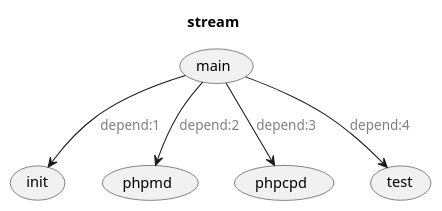
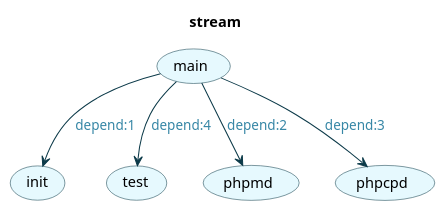
The diagram in resources/puml/gist-mapserver2007.puml (jawira/phing-visualizer), drawn with PlantUML before and after one commit. The commit also changed 7 other files, not shown here.

```diff
--- a/resources/puml/gist-mapserver2007.puml
+++ b/resources/puml/gist-mapserver2007.puml
@@ -2,20 +1,23 @@
-        @startuml
-        
-            title stream
-        skinparam arrowFontColor Grey
-        
-            (main)
-            
-            (main) --> (init) : depend:1
-            (main) --> (phpmd) : depend:2
-            (main) --> (phpcpd) : depend:3
-            (main) --> (test) : depend:4
-            (init)
-            
-            (test)
-            
-            (phpmd)
-            
-            (phpcpd)
-            
-        @enduml
+@startuml
+
+title stream
+skinparam Arrow {
+    Color #0C3A49
+    FontColor #3787A6
+}
+skinparam Usecase {
+    BackgroundColor #E6F9FE
+    BorderColor #0C3A49
+}
+
+(main)
+(init)
+(test)
+(phpmd)
+(phpcpd)
+
+(main) --> (init) : depend:1
+(main) --> (phpmd) : depend:2
+(main) --> (phpcpd) : depend:3
+(main) --> (test) : depend:4
+@enduml
```
